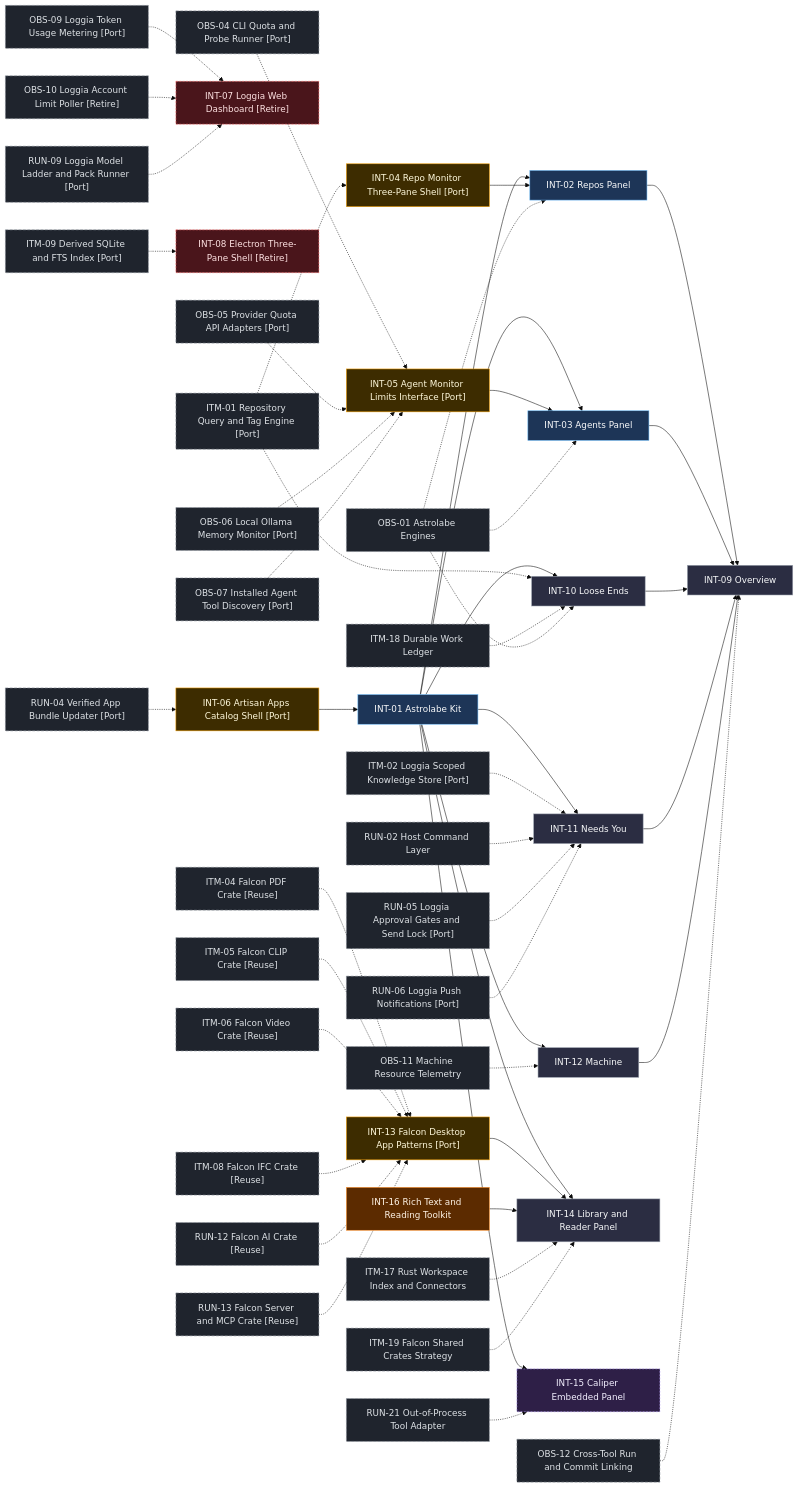
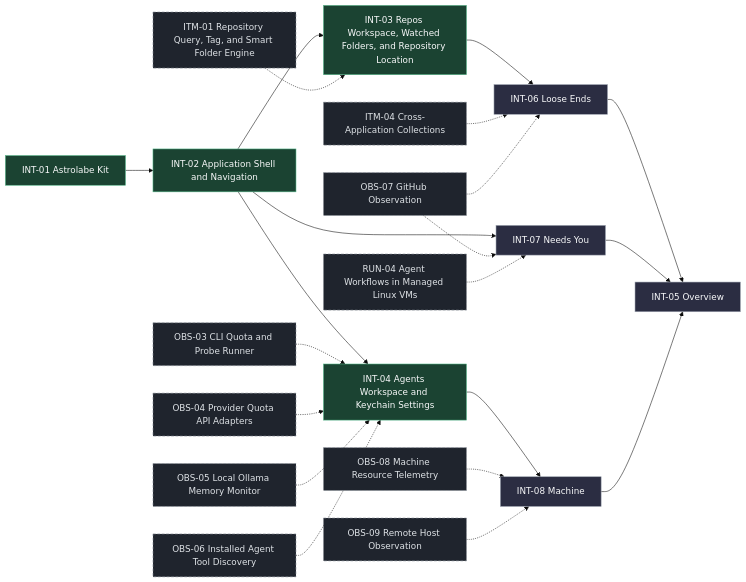
Before and after one commit to AhmedKhan-GH/astrolabe: the fourth of 5 diagrams in docs/roadmap/index.md, drawn with Mermaid (base theme). The commit also changed other lines of this file and 8 other files, not shown here.

Commit message:
Rebuild roadmap registry around shipped and planned product features

````diff
--- a/docs/roadmap/index.md
+++ b/docs/roadmap/index.md
@@ -295,103 +138,44 @@
 ```mermaid
 flowchart LR
-  INT_01["INT-01 Astrolabe Kit"]:::built
-  INT_02["INT-02 Repos Panel"]:::built
-  INT_03["INT-03 Agents Panel"]:::built
-  INT_04["INT-04 Repo Monitor Three-Pane Shell [Port]"]:::existing_port
-  INT_05["INT-05 Agent Monitor Limits Interface [Port]"]:::existing_port
-  INT_06["INT-06 Artisan Apps Catalog Shell [Port]"]:::existing_port
-  INT_07["INT-07 Loggia Web Dashboard [Retire]"]:::existing_retire
-  INT_08["INT-08 Electron Three-Pane Shell [Retire]"]:::existing_retire
-  INT_09["INT-09 Overview"]:::planned
-  INT_10["INT-10 Loose Ends"]:::planned
-  INT_11["INT-11 Needs You"]:::planned
-  INT_12["INT-12 Machine"]:::planned
-  INT_13["INT-13 Falcon Desktop App Patterns [Port]"]:::existing_port
-  INT_14["INT-14 Library and Reader Panel"]:::planned
-  INT_15["INT-15 Caliper Embedded Panel"]:::idea
-  INT_16["INT-16 Rich Text and Reading Toolkit"]:::decision
-  ITM_01["ITM-01 Repository Query and Tag Engine [Port]"]:::external
-  ITM_02["ITM-02 Loggia Scoped Knowledge Store [Port]"]:::external
-  ITM_04["ITM-04 Falcon PDF Crate [Reuse]"]:::external
-  ITM_05["ITM-05 Falcon CLIP Crate [Reuse]"]:::external
-  ITM_06["ITM-06 Falcon Video Crate [Reuse]"]:::external
-  ITM_08["ITM-08 Falcon IFC Crate [Reuse]"]:::external
-  ITM_09["ITM-09 Derived SQLite and FTS Index [Port]"]:::external
-  ITM_17["ITM-17 Rust Workspace Index and Connectors"]:::external
-  ITM_18["ITM-18 Durable Work Ledger"]:::external
-  ITM_19["ITM-19 Falcon Shared Crates Strategy"]:::external
-  OBS_01["OBS-01 Astrolabe Engines"]:::external
-  OBS_04["OBS-04 CLI Quota and Probe Runner [Port]"]:::external
-  OBS_05["OBS-05 Provider Quota API Adapters [Port]"]:::external
-  OBS_06["OBS-06 Local Ollama Memory Monitor [Port]"]:::external
-  OBS_07["OBS-07 Installed Agent Tool Discovery [Port]"]:::external
-  OBS_09["OBS-09 Loggia Token Usage Metering [Port]"]:::external
-  OBS_10["OBS-10 Loggia Account Limit Poller [Retire]"]:::external
-  OBS_11["OBS-11 Machine Resource Telemetry"]:::external
-  OBS_12["OBS-12 Cross-Tool Run and Commit Linking"]:::external
-  RUN_02["RUN-02 Host Command Layer"]:::external
-  RUN_04["RUN-04 Verified App Bundle Updater [Port]"]:::external
-  RUN_05["RUN-05 Loggia Approval Gates and Send Lock [Port]"]:::external
-  RUN_06["RUN-06 Loggia Push Notifications [Port]"]:::external
-  RUN_09["RUN-09 Loggia Model Ladder and Pack Runner [Port]"]:::external
-  RUN_12["RUN-12 Falcon AI Crate [Reuse]"]:::external
-  RUN_13["RUN-13 Falcon Server and MCP Crate [Reuse]"]:::external
-  RUN_21["RUN-21 Out-of-Process Tool Adapter"]:::external
-  INT_06 --> INT_01
+  INT_01["INT-01 Astrolabe Kit"]:::shipped
+  INT_02["INT-02 Application Shell and Navigation"]:::shipped
+  INT_03["INT-03 Repos Workspace, Watched Folders, and Repository Location"]:::shipped
+  INT_04["INT-04 Agents Workspace and Keychain Settings"]:::shipped
+  INT_05["INT-05 Overview"]:::planned
+  INT_06["INT-06 Loose Ends"]:::planned
+  INT_07["INT-07 Needs You"]:::planned
+  INT_08["INT-08 Machine"]:::planned
+  ITM_01["ITM-01 Repository Query, Tag, and Smart Folder Engine"]:::external
+  ITM_04["ITM-04 Cross-Application Collections"]:::external
+  OBS_03["OBS-03 CLI Quota and Probe Runner"]:::external
+  OBS_04["OBS-04 Provider Quota API Adapters"]:::external
+  OBS_05["OBS-05 Local Ollama Memory Monitor"]:::external
+  OBS_06["OBS-06 Installed Agent Tool Discovery"]:::external
+  OBS_07["OBS-07 GitHub Observation"]:::external
+  OBS_08["OBS-08 Machine Resource Telemetry"]:::external
+  OBS_09["OBS-09 Remote Host Observation"]:::external
+  RUN_04["RUN-04 Agent Workflows in Managed Linux VMs"]:::external
   INT_01 --> INT_02
-  INT_04 --> INT_02
-  OBS_01 -.-> INT_02
-  INT_01 --> INT_03
-  INT_05 --> INT_03
-  OBS_01 -.-> INT_03
-  ITM_01 -.-> INT_04
-  OBS_04 -.-> INT_05
-  OBS_05 -.-> INT_05
-  OBS_06 -.-> INT_05
-  OBS_07 -.-> INT_05
-  RUN_04 -.-> INT_06
-  OBS_09 -.-> INT_07
-  OBS_10 -.-> INT_07
-  RUN_09 -.-> INT_07
-  ITM_09 -.-> INT_08
-  INT_02 --> INT_09
-  INT_03 --> INT_09
-  INT_10 --> INT_09
-  INT_11 --> INT_09
-  INT_12 --> INT_09
-  OBS_12 -.-> INT_09
-  INT_01 --> INT_10
-  ITM_01 -.-> INT_10
-  ITM_18 -.-> INT_10
-  OBS_01 -.-> INT_10
-  INT_01 --> INT_11
-  ITM_02 -.-> INT_11
-  RUN_02 -.-> INT_11
-  RUN_05 -.-> INT_11
-  RUN_06 -.-> INT_11
-  INT_01 --> INT_12
-  OBS_11 -.-> INT_12
-  ITM_04 -.-> INT_13
-  ITM_05 -.-> INT_13
-  ITM_06 -.-> INT_13
-  ITM_08 -.-> INT_13
-  RUN_12 -.-> INT_13
-  RUN_13 -.-> INT_13
-  INT_01 --> INT_14
-  INT_13 --> INT_14
-  INT_16 --> INT_14
-  ITM_17 -.-> INT_14
-  ITM_19 -.-> INT_14
-  INT_01 --> INT_15
-  RUN_21 -.-> INT_15
+  INT_02 --> INT_03
+  ITM_01 -.-> INT_03
+  INT_02 --> INT_04
+  OBS_03 -.-> INT_04
+  OBS_04 -.-> INT_04
+  OBS_05 -.-> INT_04
+  OBS_06 -.-> INT_04
+  INT_06 --> INT_05
+  INT_07 --> INT_05
+  INT_08 --> INT_05
+  INT_03 --> INT_06
+  ITM_04 -.-> INT_06
+  OBS_07 -.-> INT_06
+  INT_02 --> INT_07
+  OBS_07 -.-> INT_07
+  RUN_04 -.-> INT_07
+  INT_04 --> INT_08
+  OBS_08 -.-> INT_08
+  OBS_09 -.-> INT_08
   classDef shipped fill:#1b4332,stroke:#52b788,color:#f8f9fa
-  classDef built fill:#1d3557,stroke:#74c0fc,color:#f8f9fa
-  classDef progress fill:#1d3557,stroke:#ffd43b,color:#f8f9fa,stroke-dasharray:4 2
-  classDef existing_port fill:#3d2c00,stroke:#f59f00,color:#fff9db
-  classDef existing_reuse fill:#103c42,stroke:#22b8cf,color:#e3fafc
-  classDef existing_retire fill:#4a151b,stroke:#ff6b6b,color:#ffe3e3,stroke-dasharray:4 2
   classDef planned fill:#2b2d42,stroke:#9ca3af,color:#f8f9fa
-  classDef idea fill:#2e1f47,stroke:#b197fc,color:#f3f0ff,stroke-dasharray:3 3
-  classDef decision fill:#5c2b00,stroke:#ff922b,color:#fff4e6
   classDef external fill:#1f242d,stroke:#868e96,color:#dee2e6,stroke-dasharray:5 3
 ```
````
